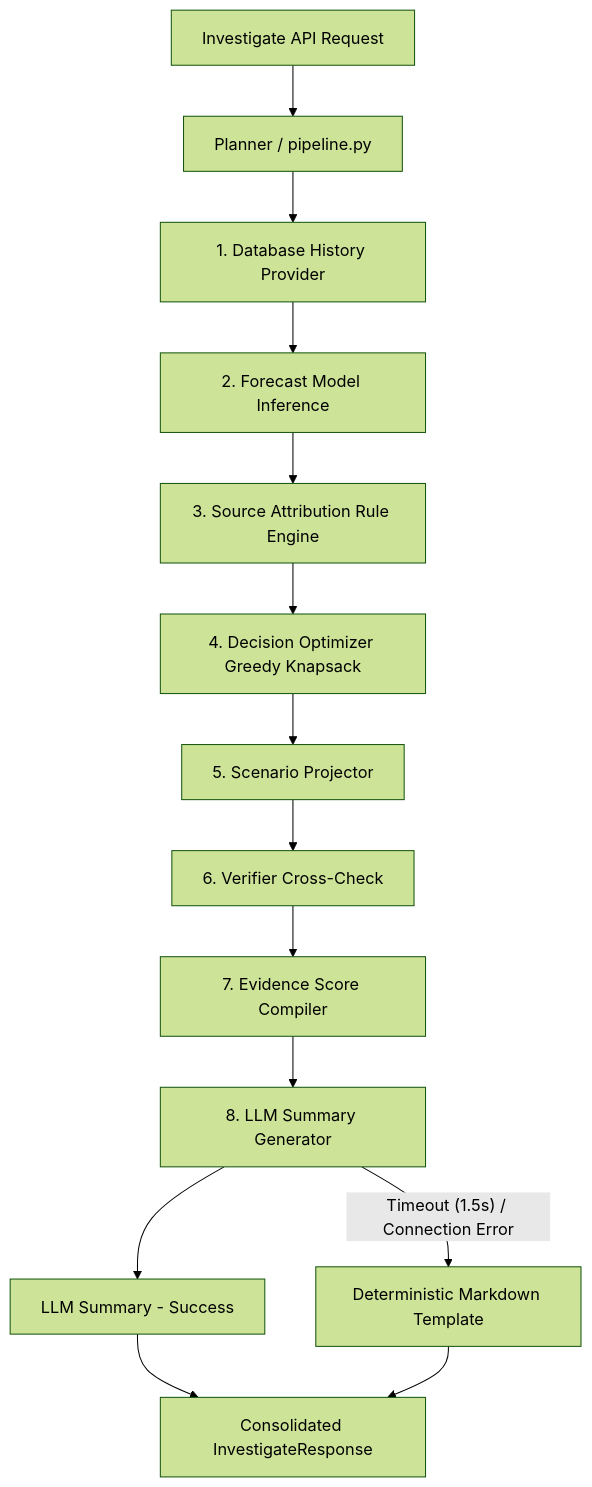
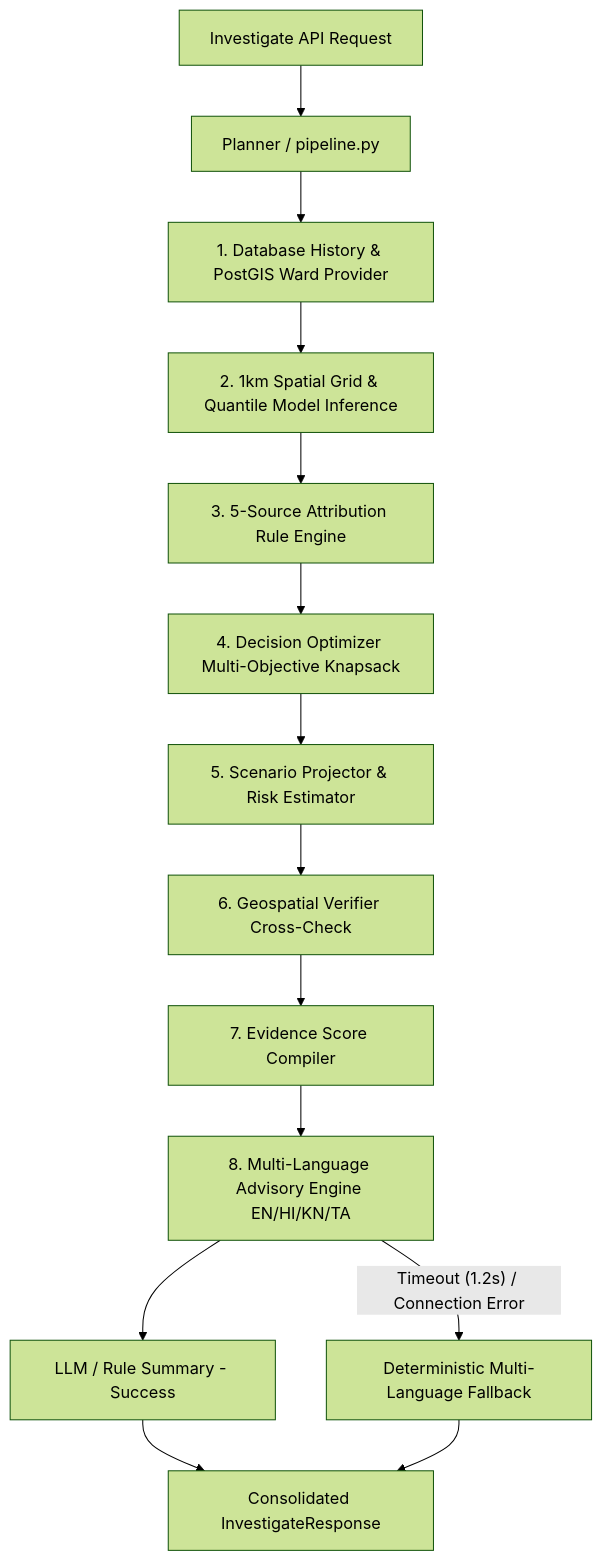
The diagram in docs/agent_report.md (nihan-98716/Vaeris), drawn with Mermaid (forest theme) before and after one commit. The commit also changed other lines of this file and 25 other files, not shown here.

````diff
--- a/docs/agent_report.md
+++ b/docs/agent_report.md
@@ -11,16 +11,16 @@
 ```mermaid
 graph TD
     A[Investigate API Request] --> B[Planner / pipeline.py]
-    B --> C[1. Database History Provider]
-    C --> D[2. Forecast Model Inference]
-    D --> E[3. Source Attribution Rule Engine]
-    E --> F[4. Decision Optimizer Greedy Knapsack]
-    F --> G[5. Scenario Projector]
-    G --> H[6. Verifier Cross-Check]
+    B --> C[1. Database History & PostGIS Ward Provider]
+    C --> D[2. 1km Spatial Grid & Quantile Model Inference]
+    D --> E[3. 5-Source Attribution Rule Engine]
+    E --> F[4. Decision Optimizer Multi-Objective Knapsack]
+    F --> G[5. Scenario Projector & Risk Estimator]
+    G --> H[6. Geospatial Verifier Cross-Check]
     H --> I[7. Evidence Score Compiler]
-    I --> J[8. LLM Summary Generator]
-    J --> K[LLM Summary - Success]
-    J -- "Timeout (1.5s) / Connection Error" --> L[Deterministic Markdown Template]
+    I --> J[8. Multi-Language Advisory Engine EN/HI/KN/TA]
+    J --> K[LLM / Rule Summary - Success]
+    J -- "Timeout (1.2s) / Connection Error" --> L[Deterministic Multi-Language Fallback]
     K --> M[Consolidated InvestigateResponse]
     L --> M
 ```
````
